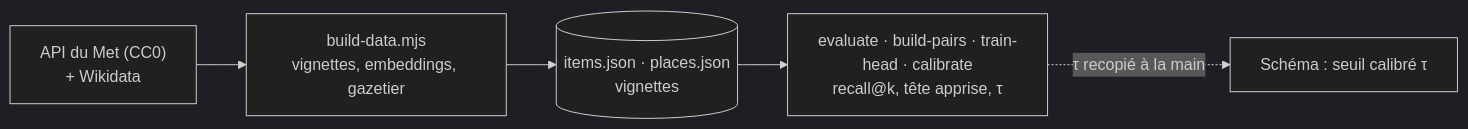
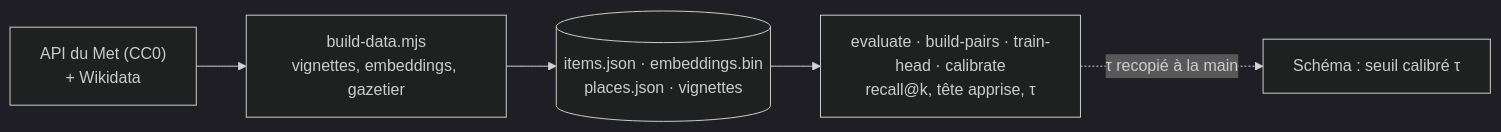
Before and after one commit to TatianaT13/svelte-collection-explorer: the second of 2 diagrams in README.md, drawn with Mermaid (dark theme). The commit also changed other lines of this file and 31 other files, not shown here.

````diff
--- a/README.md
+++ b/README.md
@@ -40,12 +40,12 @@
 ```mermaid
 flowchart LR
   MET["API du Met (CC0)<br/>+ Wikidata"]
   BUILD["build-data.mjs<br/>vignettes, embeddings, gazetier"]
-  DATA[("items.json · places.json<br/>vignettes")]
+  DATA[("items.json · embeddings.bin<br/>places.json · vignettes")]
   EVAL["evaluate · build-pairs · train-head · calibrate<br/>recall@k, tête apprise, τ"]
   CFG["Schéma : seuil calibré τ"]
 
   MET --> BUILD --> DATA
   DATA --> EVAL
   EVAL -. "τ recopié à la main" .-> CFG
 ```
````
